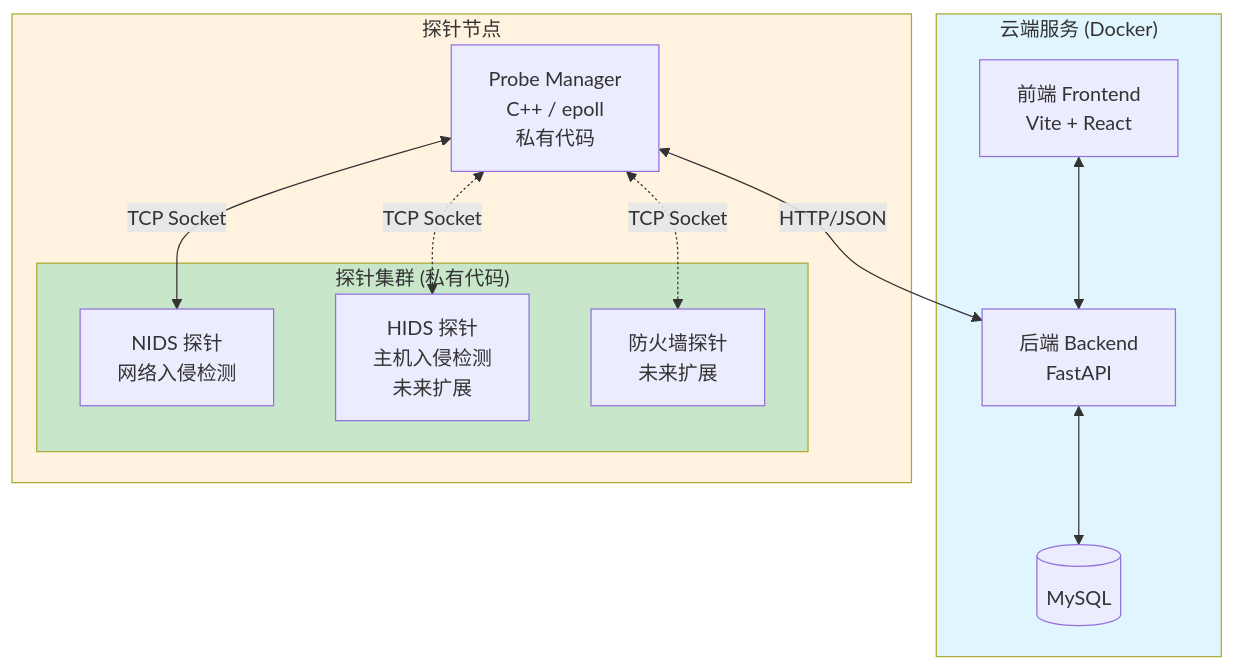
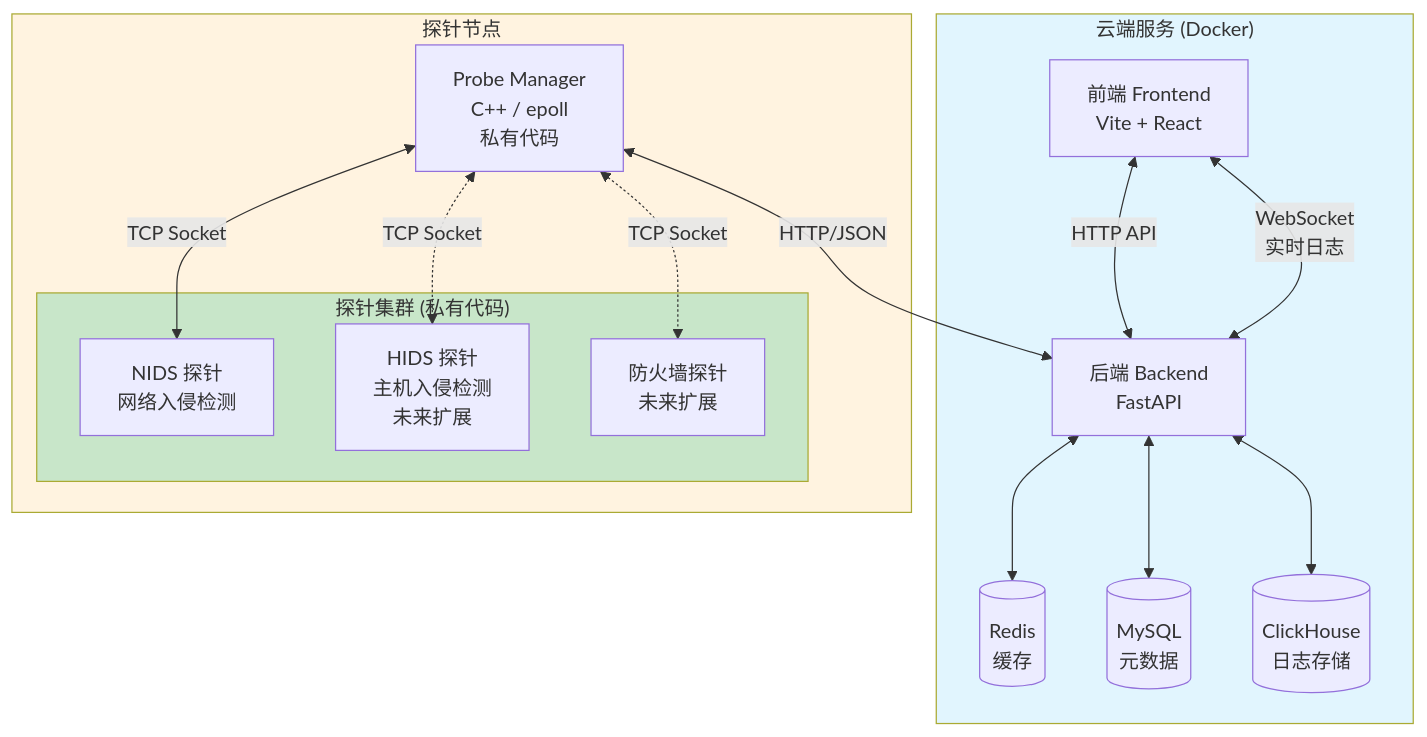
The first of 19 diagrams in specs/0001-spec.md (chenlehua/ai-idps), drawn with Mermaid before and after one commit. The commit also changed other lines of this file, not shown here.

Commit message:
feat: optimize architecture

````diff
--- a/specs/0001-spec.md
+++ b/specs/0001-spec.md
@@ -14,30 +14,36 @@
 ```mermaid
 graph TB
     subgraph Cloud["云端服务 (Docker)"]
         FE[前端 Frontend<br/>Vite + React]
         BE[后端 Backend<br/>FastAPI]
-        DB[(MySQL)]
-        FE <--> BE
-        BE <--> DB
+        REDIS[(Redis<br/>缓存)]
+        MYSQL[(MySQL<br/>元数据)]
+        CH[(ClickHouse<br/>日志存储)]
+
+        FE <-->|HTTP API| BE
+        FE <-->|WebSocket<br/>实时日志| BE
+        BE <--> REDIS
+        BE <--> MYSQL
+        BE <--> CH
     end
 
     subgraph ProbeNode["探针节点"]
         PM[Probe Manager<br/>C++ / epoll<br/>私有代码]
 
         subgraph Probes["探针集群 (私有代码)"]
             NIDS[NIDS 探针<br/>网络入侵检测]
             HIDS[HIDS 探针<br/>主机入侵检测<br/>未来扩展]
             FW[防火墙探针<br/>未来扩展]
         end
 
         PM <-->|TCP Socket| NIDS
         PM <-.->|TCP Socket| HIDS
         PM <-.->|TCP Socket| FW
     end
 
     PM <-->|HTTP/JSON| BE
 
     style Cloud fill:#e1f5fe
     style ProbeNode fill:#fff3e0
     style Probes fill:#c8e6c9
 ```
````
